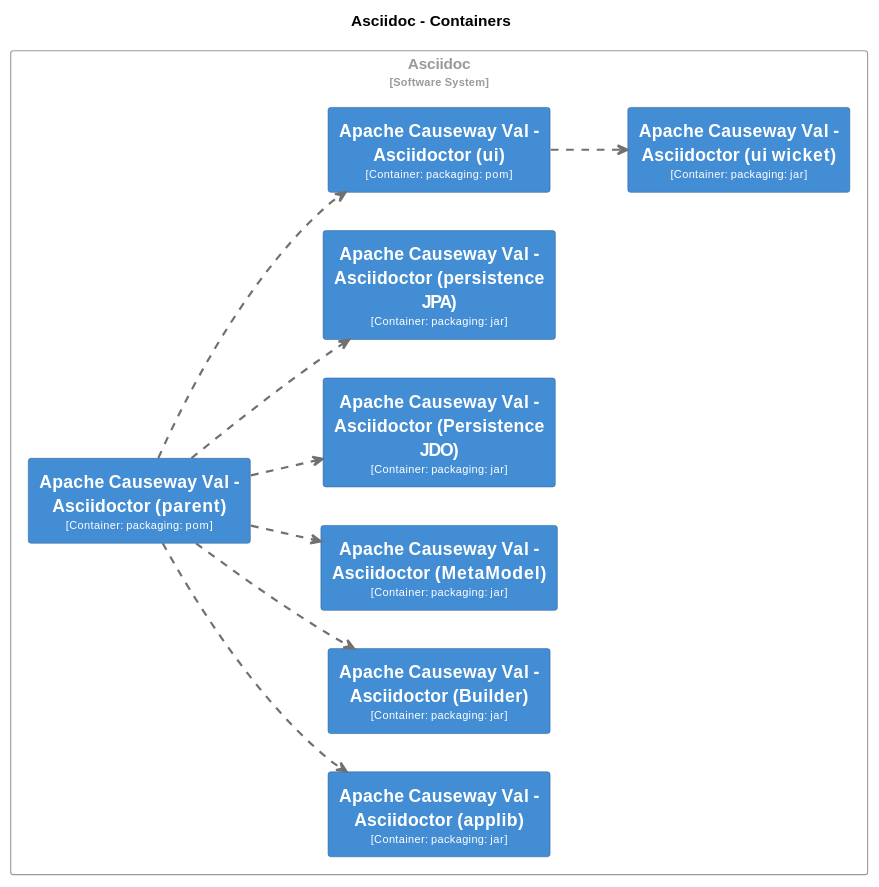
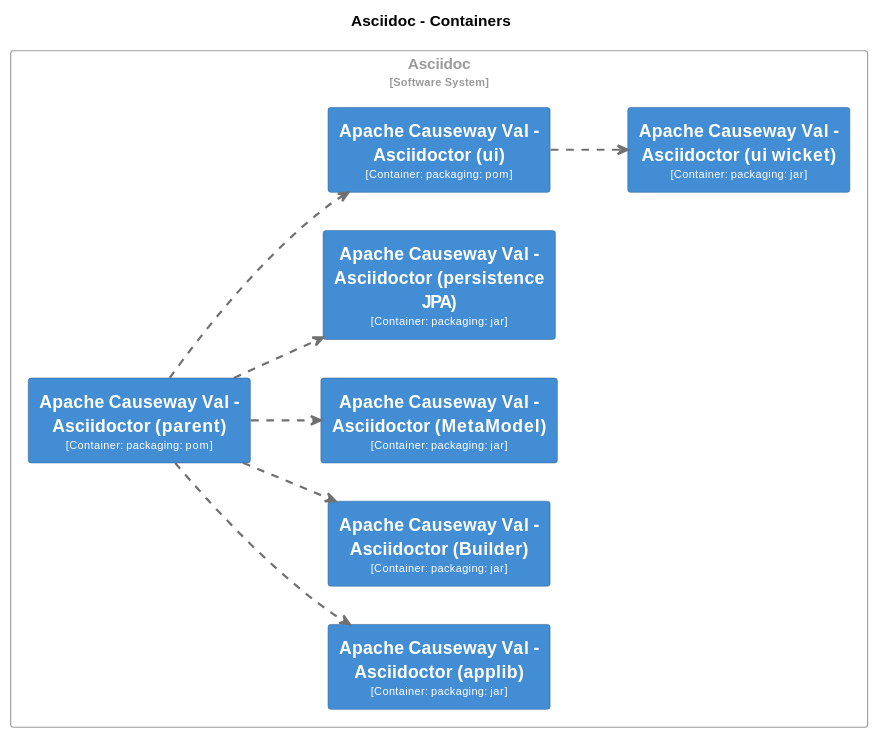
One commit to apache/causeway changed diagram 19 of 31 in core/adoc/modules/_overview/pages/about.adoc. Above: the diagram before and after it, drawn with PlantUML. The commit also changed other lines of this file and 186 other files, not shown here.

```diff
--- a/core/adoc/modules/_overview/pages/about.adoc
+++ b/core/adoc/modules/_overview/pages/about.adoc
@@ -3540,12 +3335,6 @@
   shadowing false
 }
 skinparam rectangle<<Asciidoc.ApacheCausewayValAsciidoctorMetaModel>> {
-  BackgroundColor #438dd5
-  FontColor #fffffe
-  BorderColor #2e6295
-  shadowing false
-}
-skinparam rectangle<<Asciidoc.ApacheCausewayValAsciidoctorPersistenceJDO>> {
   BackgroundColor #438dd5
   FontColor #fffffe
   BorderColor #2e6295
@@ -3592,18 +3381,16 @@
   rectangle "==Apache Causeway Val - Asciidoctor (applib)\n<size:10>[Container: packaging: jar]</size>" <<Asciidoc.ApacheCausewayValAsciidoctorapplib>> as Asciidoc.ApacheCausewayValAsciidoctorapplib
   rectangle "==Apache Causeway Val - Asciidoctor (Builder)\n<size:10>[Container: packaging: jar]</size>" <<Asciidoc.ApacheCausewayValAsciidoctorBuilder>> as Asciidoc.ApacheCausewayValAsciidoctorBuilder
   rectangle "==Apache Causeway Val - Asciidoctor (MetaModel)\n<size:10>[Container: packaging: jar]</size>" <<Asciidoc.ApacheCausewayValAsciidoctorMetaModel>> as Asciidoc.ApacheCausewayValAsciidoctorMetaModel
-  rectangle "==Apache Causeway Val - Asciidoctor (Persistence JDO)\n<size:10>[Container: packaging: jar]</size>" <<Asciidoc.ApacheCausewayValAsciidoctorPersistenceJDO>> as Asciidoc.ApacheCausewayValAsciidoctorPersistenceJDO
   rectangle "==Apache Causeway Val - Asciidoctor (persistence JPA)\n<size:10>[Container: packaging: jar]</size>" <<Asciidoc.ApacheCausewayValAsciidoctorpersistenceJPA>> as Asciidoc.ApacheCausewayValAsciidoctorpersistenceJPA
   rectangle "==Apache Causeway Val - Asciidoctor (ui)\n<size:10>[Container: packaging: pom]</size>" <<Asciidoc.ApacheCausewayValAsciidoctorui>> as Asciidoc.ApacheCausewayValAsciidoctorui
   rectangle "==Apache Causeway Val - Asciidoctor (ui wicket)\n<size:10>[Container: packaging: jar]</size>" <<Asciidoc.ApacheCausewayValAsciidoctoruiwicket>> as Asciidoc.ApacheCausewayValAsciidoctoruiwicket
 }
 
-Asciidoc.ApacheCausewayValAsciidoctorparent .[#707070,thickness=2].> Asciidoc.ApacheCausewayValAsciidoctorapplib : "<color:#707070>"
 Asciidoc.ApacheCausewayValAsciidoctorparent .[#707070,thickness=2].> Asciidoc.ApacheCausewayValAsciidoctorBuilder : "<color:#707070>"
 Asciidoc.ApacheCausewayValAsciidoctorparent .[#707070,thickness=2].> Asciidoc.ApacheCausewayValAsciidoctorMetaModel : "<color:#707070>"
-Asciidoc.ApacheCausewayValAsciidoctorparent .[#707070,thickness=2].> Asciidoc.ApacheCausewayValAsciidoctorPersistenceJDO : "<color:#707070>"
 Asciidoc.ApacheCausewayValAsciidoctorparent .[#707070,thickness=2].> Asciidoc.ApacheCausewayValAsciidoctorpersistenceJPA : "<color:#707070>"
 Asciidoc.ApacheCausewayValAsciidoctorparent .[#707070,thickness=2].> Asciidoc.ApacheCausewayValAsciidoctorui : "<color:#707070>"
 Asciidoc.ApacheCausewayValAsciidoctorui .[#707070,thickness=2].> Asciidoc.ApacheCausewayValAsciidoctoruiwicket : "<color:#707070>"
+Asciidoc.ApacheCausewayValAsciidoctorparent .[#707070,thickness=2].> Asciidoc.ApacheCausewayValAsciidoctorapplib : "<color:#707070>"
 @enduml
 ----
```
